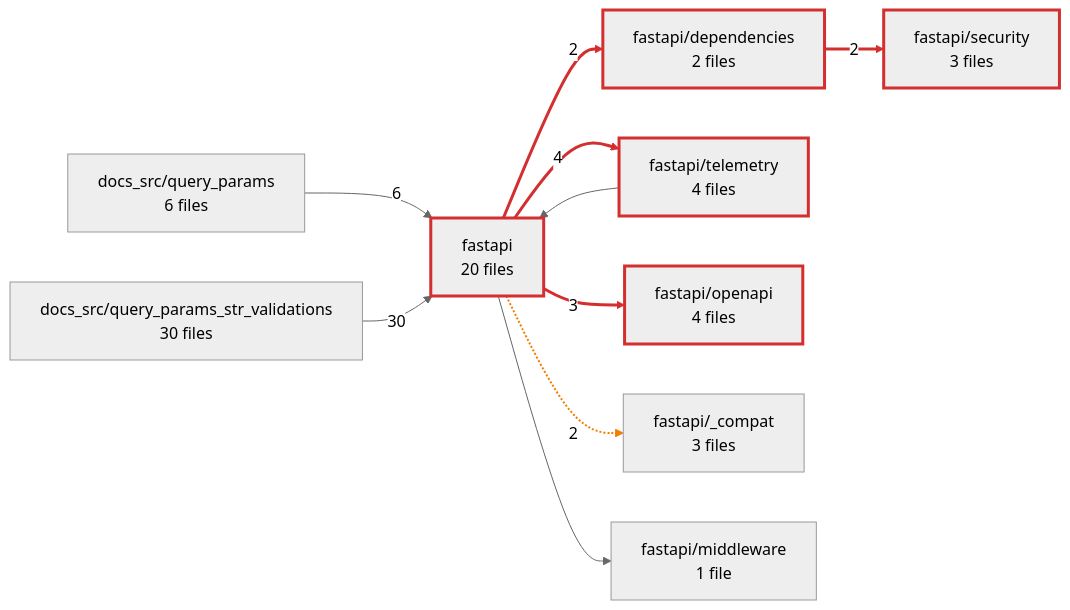
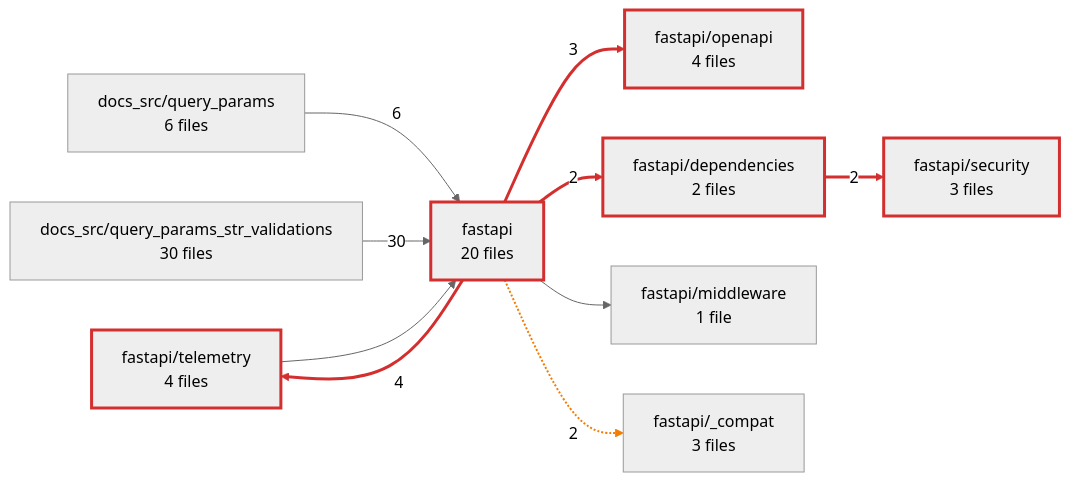
Before and after one commit to mohdzain98/gnost: diagram 27 of 36 in docs/gallery/fastapi/flow/folder-paths.md, drawn with Mermaid (neutral theme). The commit also changed other lines of this file and 40 other files, not shown here.

````diff
--- a/docs/gallery/fastapi/flow/folder-paths.md
+++ b/docs/gallery/fastapi/flow/folder-paths.md
@@ -2251,25 +2251,25 @@
 ```mermaid
 flowchart LR
+  dir_fastapi_telemetry["fastapi/telemetry<br/>4 files"]
+  dir_fastapi["fastapi<br/>20 files"]
+  dir_docs_src_query_params_str_validations["docs_src/query_params_str_validations<br/>30 files"]
+  dir_fastapi_openapi["fastapi/openapi<br/>4 files"]
   dir_fastapi_dependencies["fastapi/dependencies<br/>2 files"]
+  dir_docs_src_query_params["docs_src/query_params<br/>6 files"]
+  dir_fastapi_middleware["fastapi/middleware<br/>1 file"]
+  dir_fastapi__compat["fastapi/_compat<br/>3 files"]
   dir_fastapi_security["fastapi/security<br/>3 files"]
-  dir_docs_src_query_params_str_validations["docs_src/query_params_str_validations<br/>30 files"]
-  dir_fastapi["fastapi<br/>20 files"]
-  dir_docs_src_query_params["docs_src/query_params<br/>6 files"]
-  dir_fastapi_telemetry["fastapi/telemetry<br/>4 files"]
-  dir_fastapi_openapi["fastapi/openapi<br/>4 files"]
-  dir_fastapi__compat["fastapi/_compat<br/>3 files"]
-  dir_fastapi_middleware["fastapi/middleware<br/>1 file"]
   dir_docs_src_query_params -->|6| dir_fastapi
   dir_docs_src_query_params_str_validations -->|30| dir_fastapi
   dir_fastapi -.->|2| dir_fastapi__compat
   dir_fastapi ==>|2| dir_fastapi_dependencies
   dir_fastapi --> dir_fastapi_middleware
   dir_fastapi ==>|3| dir_fastapi_openapi
   dir_fastapi ==>|4| dir_fastapi_telemetry
   dir_fastapi_dependencies ==>|2| dir_fastapi_security
   dir_fastapi_telemetry --> dir_fastapi
   linkStyle 2 stroke:#f57c00,stroke-width:2px
   linkStyle 3,5,6,7 stroke:#d32f2f,stroke-width:3px
   classDef cycle stroke:#d32f2f,stroke-width:3px
-  class dir_fastapi_dependencies,dir_fastapi_security,dir_fastapi,dir_fastapi_telemetry,dir_fastapi_openapi cycle
+  class dir_fastapi_telemetry,dir_fastapi,dir_fastapi_openapi,dir_fastapi_dependencies,dir_fastapi_security cycle
 ```
````
